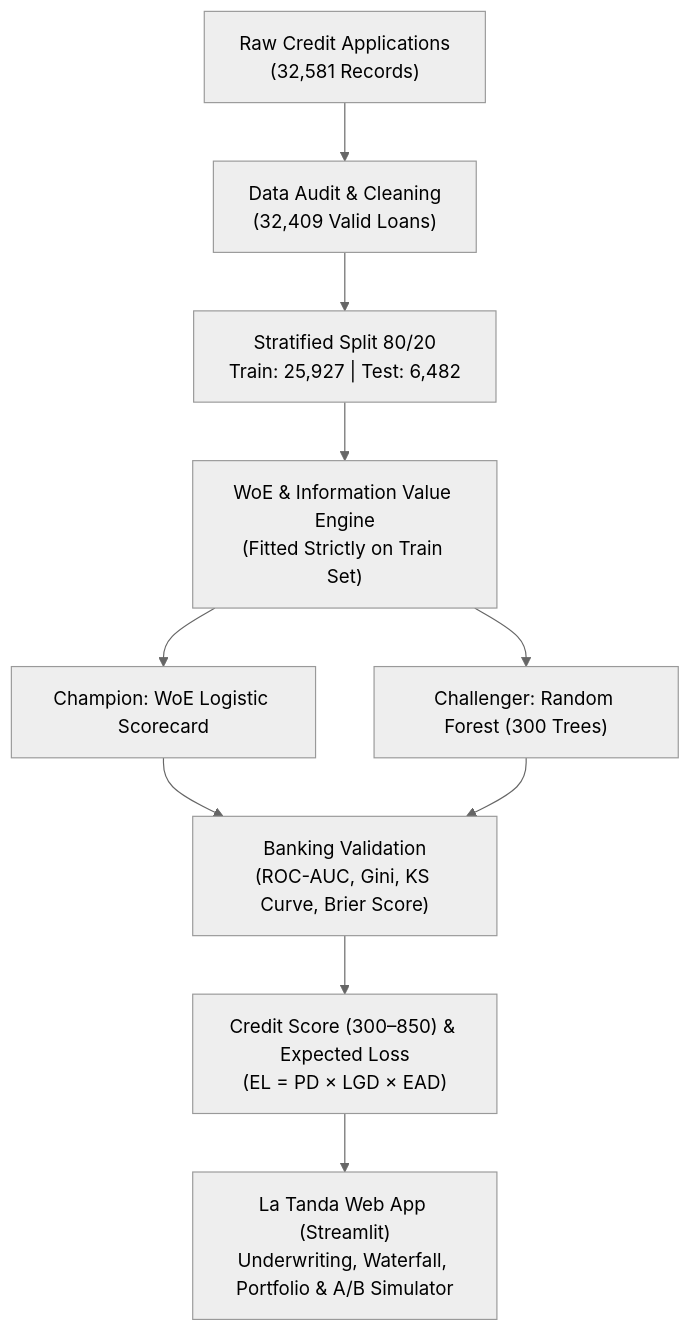
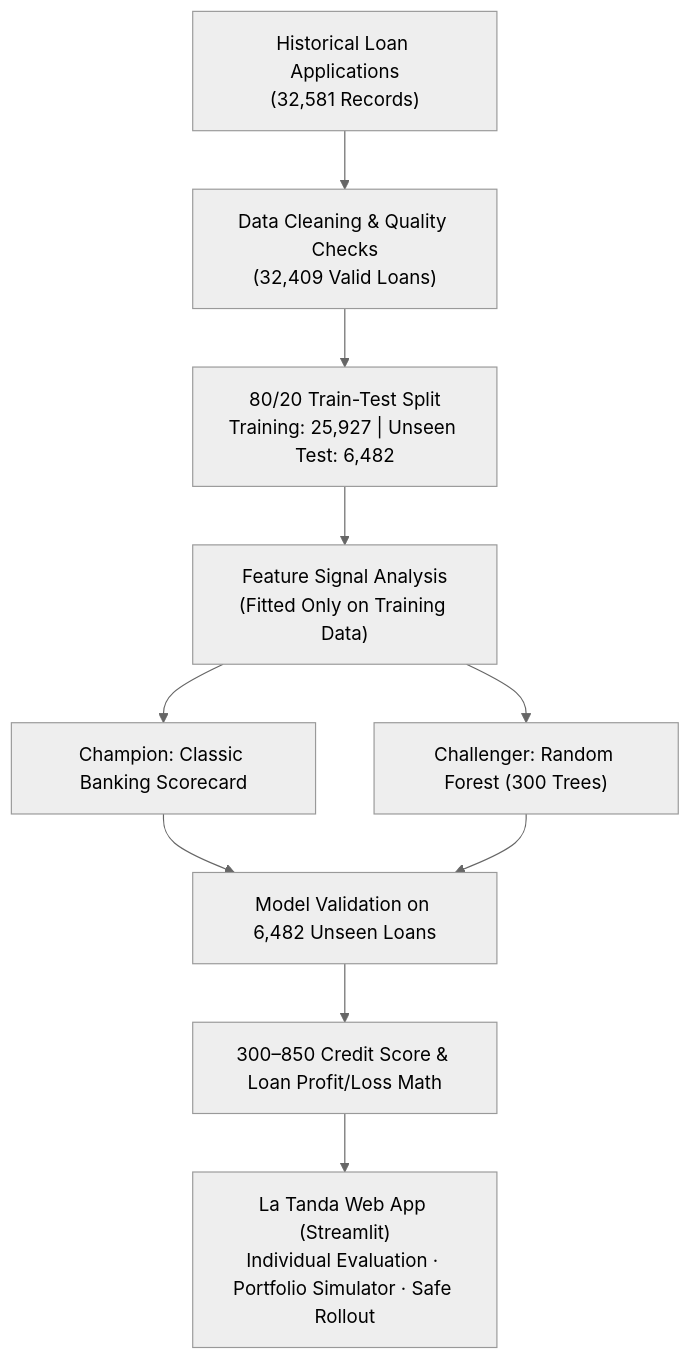
One commit to JavsG19/Credit-Risk-La-Tanda changed the diagram in README.md. Above: the diagram before and after it, drawn with Mermaid (neutral theme). The commit also changed other lines of this file and 1 other file, not shown here.

````diff
--- a/README.md
+++ b/README.md
@@ -71,12 +77,12 @@
 ```mermaid
 flowchart TD
-    A["Raw Credit Applications<br/>(32,581 Records)"] --> B["Data Audit & Cleaning<br/>(32,409 Valid Loans)"]
-    B --> C["Stratified Split 80/20<br/>Train: 25,927 | Test: 6,482"]
-    C --> D["WoE & Information Value Engine<br/>(Fitted Strictly on Train Set)"]
-    D --> E1["Champion: WoE Logistic Scorecard"]
+    A["Historical Loan Applications<br/>(32,581 Records)"] --> B["Data Cleaning & Quality Checks<br/>(32,409 Valid Loans)"]
+    B --> C["80/20 Train-Test Split<br/>Training: 25,927 | Unseen Test: 6,482"]
+    C --> D["Feature Signal Analysis<br/>(Fitted Only on Training Data)"]
+    D --> E1["Champion: Classic Banking Scorecard"]
     D --> E2["Challenger: Random Forest (300 Trees)"]
-    E1 --> F["Banking Validation<br/>(ROC-AUC, Gini, KS Curve, Brier Score)"]
+    E1 --> F["Model Validation on 6,482 Unseen Loans"]
     E2 --> F
-    F --> G["Credit Score (300–850) & Expected Loss<br/>(EL = PD × LGD × EAD)"]
-    G --> H["La Tanda Web App (Streamlit)<br/>Underwriting, Waterfall, Portfolio & A/B Simulator"]
+    F --> G["300–850 Credit Score & Loan Profit/Loss Math"]
+    G --> H["La Tanda Web App (Streamlit)<br/>Individual Evaluation · Portfolio Simulator · Safe Rollout"]
 ```
````
